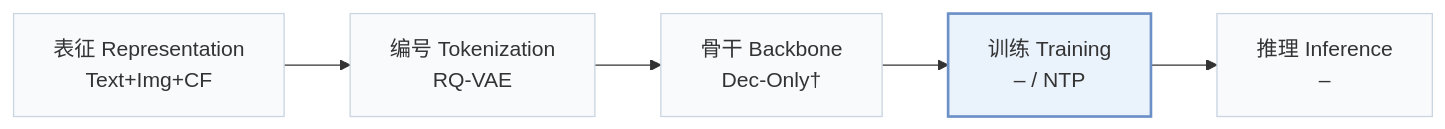
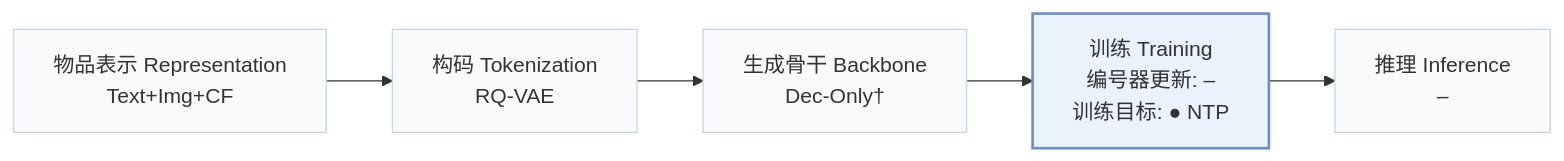
Before and after one commit to Galaxy-ghost/Awesome-SID-Generative-Rec: the first of 2 diagrams in pages/zh/papers/cmrec.md, drawn with Mermaid. The commit also changed other lines of this file and 558 other files, not shown here.

````diff
--- a/pages/zh/papers/cmrec.md
+++ b/pages/zh/papers/cmrec.md
@@ -15,8 +19,8 @@
 ```mermaid
 flowchart LR
-    R["表征 Representation<br/>Text+Img+CF"] --> T["编号 Tokenization<br/>RQ-VAE"] --> B["骨干 Backbone<br/>Dec-Only†"] --> TR["训练 Training<br/>– / NTP"] --> I["推理 Inference<br/>–"]
+    R["物品表示 Representation<br/>Text+Img+CF"] --> T["构码 Tokenization<br/>RQ-VAE"] --> B["生成骨干 Backbone<br/>Dec-Only†"] --> TR["训练 Training<br/>编号器更新: –<br/>训练目标: ● NTP"] --> I["推理 Inference<br/>–"]
     classDef base fill:#f8fafc,stroke:#cbd5e1
     class R,T,B,TR,I base
     classDef main fill:#eaf2fb,stroke:#6b8fc7,stroke-width:2px
     class TR main
 ```
````
